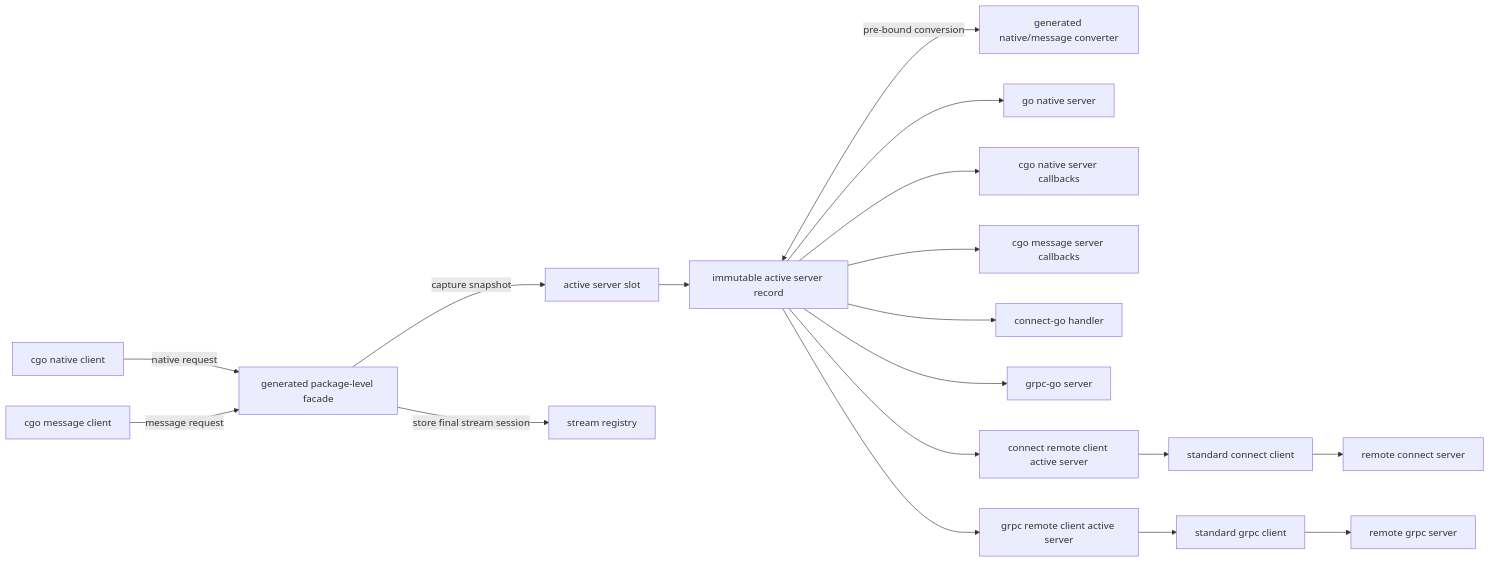
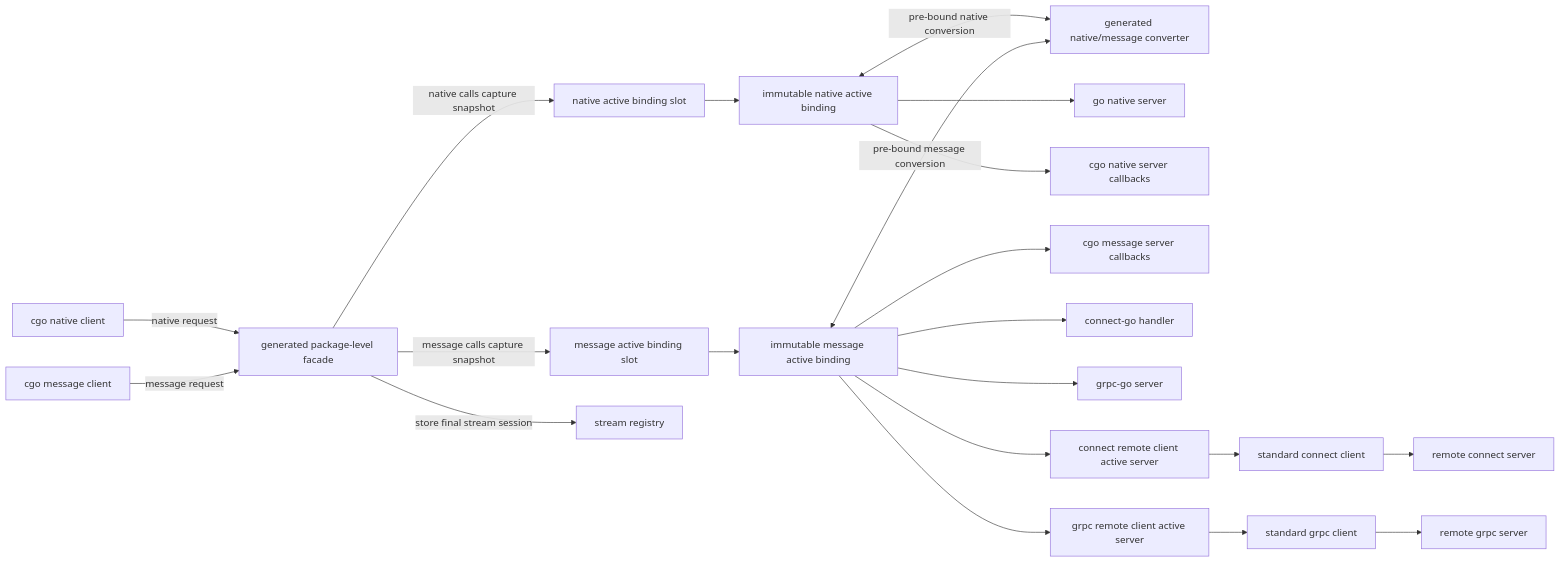
Before and after one commit to ygrpc/rpccgo: the diagram in docs/specs/2026-04-27-rpccgo-service-local-active-server-architecture.md, drawn with Mermaid. The commit also changed other lines of this file and 35 other files, not shown here.

````diff
--- a/docs/specs/2026-04-27-rpccgo-service-local-active-server-architecture.md
+++ b/docs/specs/2026-04-27-rpccgo-service-local-active-server-architecture.md
@@ -17,42 +17,47 @@
 ```mermaid
 flowchart LR
     CNativeClient["cgo native client"]
     CMessageClient["cgo message client"]
     Facade["generated package-level facade"]
-    Slot["active server slot"]
-    Record["immutable active server record"]
+    NativeSlot["native active binding slot"]
+    MessageSlot["message active binding slot"]
+    NativeBinding["immutable native active binding"]
+    MessageBinding["immutable message active binding"]
     Streams["stream registry"]
     Converter["generated native/message converter"]
 
     GoNative["go native server"]
     CGONative["cgo native server callbacks"]
     CGOMessage["cgo message server callbacks"]
     ConnectHandler["connect-go handler"]
     GRPCServer["grpc-go server"]
     ConnectRemote["connect remote client active server"]
     GRPCRemote["grpc remote client active server"]
 
     ConnectClient["standard connect client"]
     GRPCClient["standard grpc client"]
     RemoteConnectServer["remote connect server"]
     RemoteGRPCServer["remote grpc server"]
 
     CNativeClient -->|"native request"| Facade
     CMessageClient -->|"message request"| Facade
 
-    Facade -->|"capture snapshot"| Slot
-    Slot --> Record
+    Facade -->|"native calls capture snapshot"| NativeSlot
+    Facade -->|"message calls capture snapshot"| MessageSlot
+    NativeSlot --> NativeBinding
+    MessageSlot --> MessageBinding
     Facade -->|"store final stream session"| Streams
-    Record <-->|"pre-bound conversion"| Converter
+    NativeBinding <-->|"pre-bound native conversion"| Converter
+    MessageBinding <-->|"pre-bound message conversion"| Converter
 
-    Record --> GoNative
-    Record --> CGONative
-    Record --> CGOMessage
-    Record --> ConnectHandler
-    Record --> GRPCServer
-    Record --> ConnectRemote
-    Record --> GRPCRemote
+    NativeBinding --> GoNative
+    NativeBinding --> CGONative
+    MessageBinding --> CGOMessage
+    MessageBinding --> ConnectHandler
+    MessageBinding --> GRPCServer
+    MessageBinding --> ConnectRemote
+    MessageBinding --> GRPCRemote
 
     ConnectRemote --> ConnectClient --> RemoteConnectServer
     GRPCRemote --> GRPCClient --> RemoteGRPCServer
 ```
````
